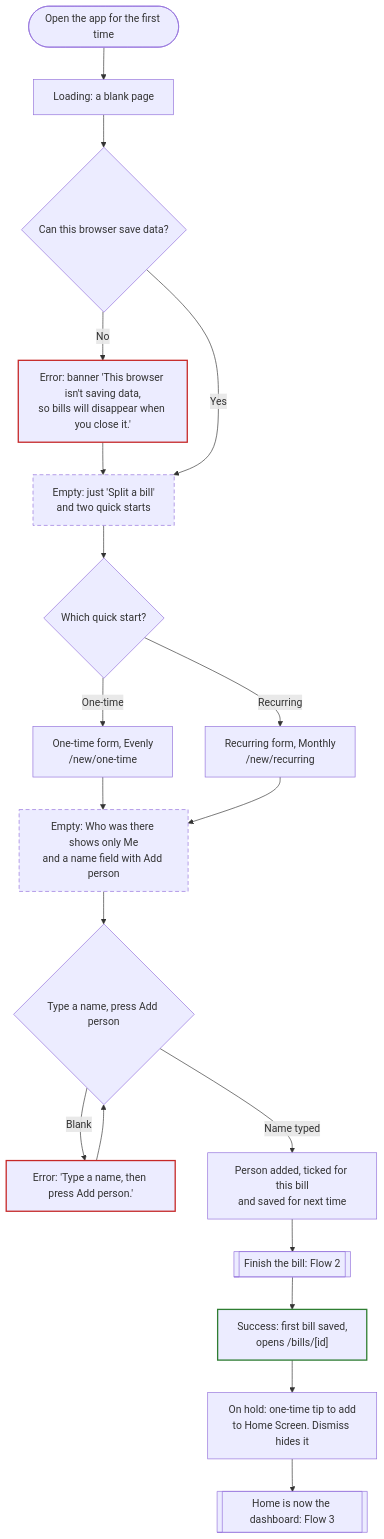
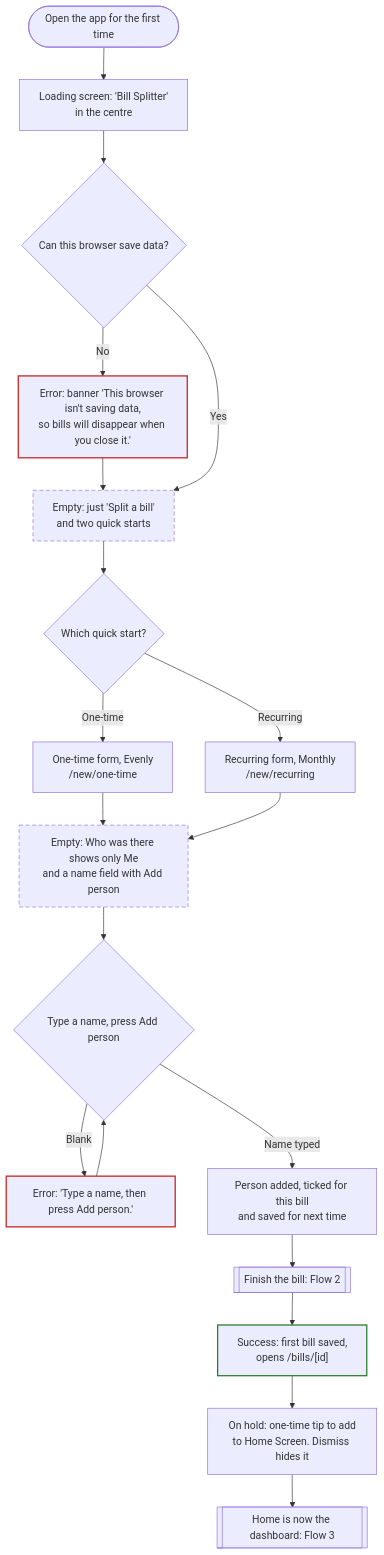
Before and after one commit to quincyleung/bill-splitter: the first of 3 diagrams in README.md, drawn with Mermaid. The commit also changed other lines of this file and 19 other files, not shown here.

Commit message:
Loading screen; name only on Home; delete pop-up; no Saved toast; examples in the box; Save via loading screen

````diff
--- a/README.md
+++ b/README.md
@@ -13,28 +13,28 @@
 ```mermaid
 flowchart TD
-  start(["Open the app for the first time"]) --> loading["Loading: a blank page"]
+  start(["Open the app for the first time"]) --> loading["Loading screen: 'Bill Splitter'<br/>in the centre"]
   loading --> canSave{"Can this browser save data?"}
   canSave -->|No| errStorage["Error: banner 'This browser isn't saving data,<br/>so bills will disappear when you close it.'"]
   errStorage --> welcome
   canSave -->|Yes| welcome["Empty: just 'Split a bill'<br/>and two quick starts"]
   welcome --> mode{"Which quick start?"}
   mode -->|One-time| once["One-time form, Evenly<br/>/new/one-time"]
   mode -->|Recurring| rec["Recurring form, Monthly<br/>/new/recurring"]
   once --> noPeople
   rec --> noPeople
   noPeople["Empty: Who was there shows only Me<br/>and a name field with Add person"] --> addName{"Type a name, press Add person"}
   addName -->|Blank| errName["Error: 'Type a name, then press Add person.'"]
   errName --> addName
   addName -->|Name typed| savedPerson["Person added, ticked for this bill<br/>and saved for next time"]
   savedPerson --> mainTask[["Finish the bill: Flow 2"]]
   mainTask --> firstBill["Success: first bill saved,<br/>opens /bills/[id]"]
   firstBill --> homeTip["On hold: one-time tip to add<br/>to Home Screen. Dismiss hides it"]
   homeTip --> dashboard[["Home is now the dashboard: Flow 3"]]
 
   classDef error stroke:#c62828,stroke-width:2px
   classDef empty stroke-dasharray:6 4
   classDef success stroke:#2e7d32,stroke-width:2px
   class errStorage,errName error
   class welcome,noPeople empty
   class firstBill success
 ```
````
